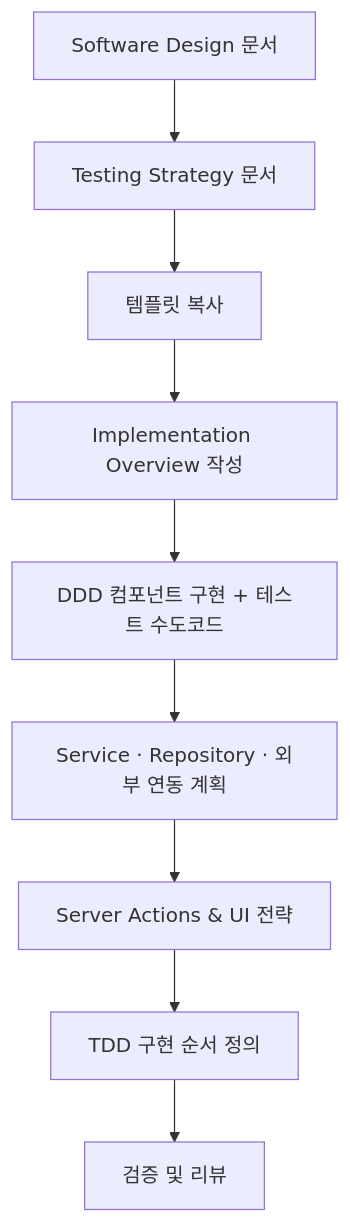
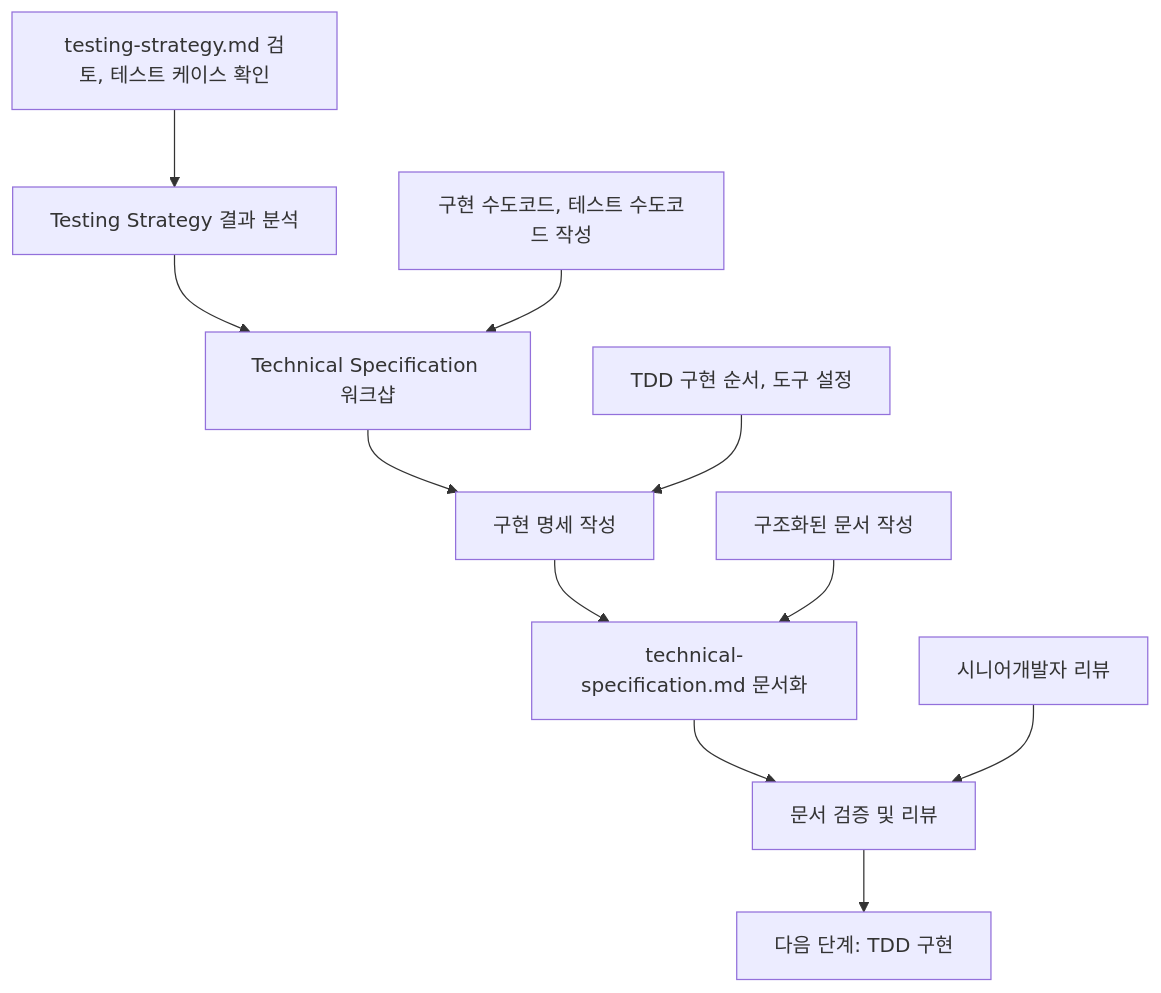
Before and after one commit to tyohnn/ssota-canvas: the diagram in docs/event-domain-design/guide/05-technical-specification-guide.md, drawn with Mermaid. The commit also changed other lines of this file and 45 other files, not shown here.

````diff
--- a/docs/event-domain-design/guide/05-technical-specification-guide.md
+++ b/docs/event-domain-design/guide/05-technical-specification-guide.md
@@ -21,11 +11,14 @@
 ```mermaid
 graph TD
-    A[Software Design 문서] --> B[Testing Strategy 문서]
-    B --> C[템플릿 복사]
-    C --> D[Implementation Overview 작성]
-    D --> E[DDD 컴포넌트 구현 + 테스트 수도코드]
-    E --> F[Service · Repository · 외부 연동 계획]
-    F --> G[Server Actions & UI 전략]
-    G --> H[TDD 구현 순서 정의]
-    H --> I[검증 및 리뷰]
+    A[Testing Strategy 결과 분석] --> B[Technical Specification 워크샵]
+    B --> C[구현 명세 작성]
+    C --> D[technical-specification.md 문서화]
+    D --> E[문서 검증 및 리뷰]
+    E --> F[다음 단계: TDD 구현]
+    
+    A1[testing-strategy.md 검토, 테스트 케이스 확인] --> A
+    B1[구현 수도코드, 테스트 수도코드 작성] --> B
+    C1[TDD 구현 순서, 도구 설정] --> C
+    D1[구조화된 문서 작성] --> D
+    E1[시니어개발자 리뷰] --> E
 ```
````
